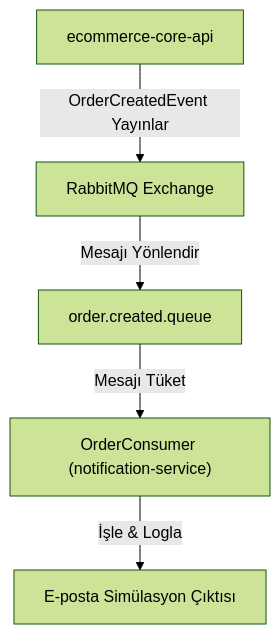
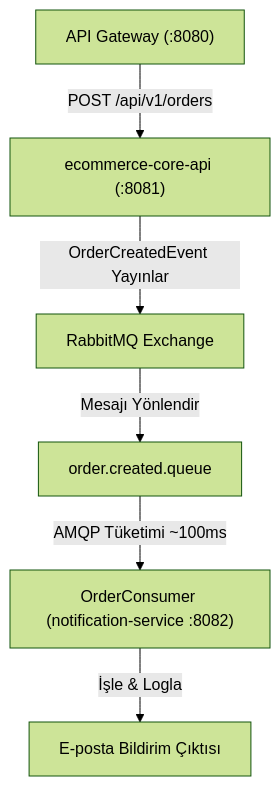
The second of 2 diagrams in README.md (yusufkayiss/notification-service), drawn with Mermaid (forest theme) before and after one commit. The commit also changed other lines of this file, not shown here.

First line of the commit message:
Enhance README with service and tech details

````diff
--- a/README.md
+++ b/README.md
@@ -73,7 +90,8 @@
 ```mermaid
 graph TD
-    CoreAPI["ecommerce-core-api"] -->|OrderCreatedEvent Yayınlar| Exchange["RabbitMQ Exchange"]
+    Gateway["API Gateway (:8080)"] -->|POST /api/v1/orders| CoreAPI["ecommerce-core-api (:8081)"]
+    CoreAPI -->|OrderCreatedEvent Yayınlar| Exchange["RabbitMQ Exchange"]
     Exchange -->|Mesajı Yönlendir| Queue["order.created.queue"]
-    Queue -->|Mesajı Tüket| Consumer["OrderConsumer (notification-service)"]
-    Consumer -->|İşle & Logla| Email["E-posta Simülasyon Çıktısı"]
+    Queue -->|AMQP Tüketimi ~100ms| Consumer["OrderConsumer (notification-service :8082)"]
+    Consumer -->|İşle & Logla| Email["E-posta Bildirim Çıktısı"]
 ```
````
